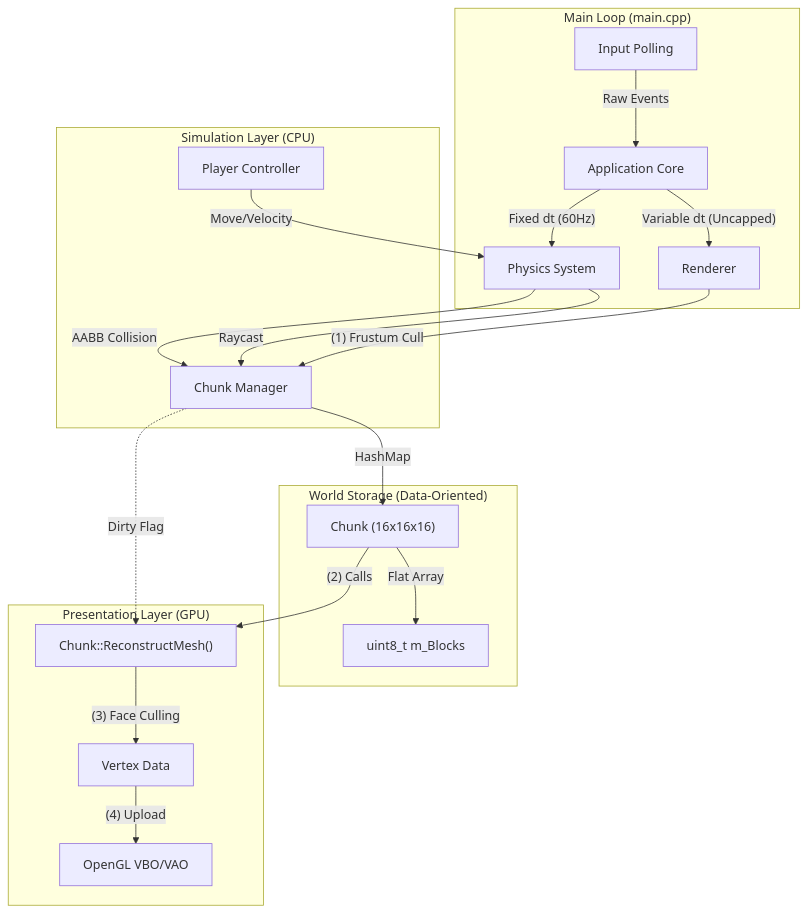
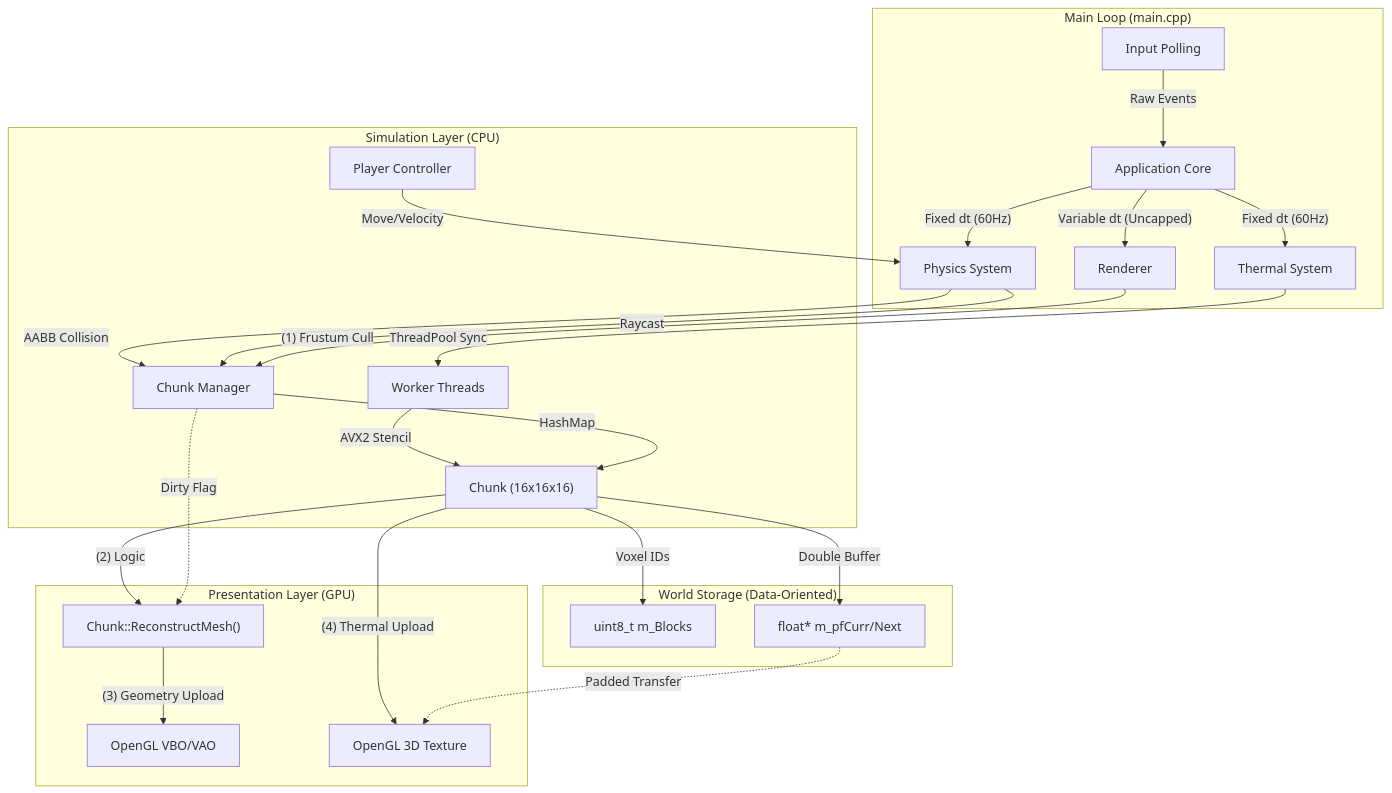
One commit to KabilanKumar36/cpp-hpc-voxel-engine changed the diagram in ARCHITECTURE.md. Above: the diagram before and after it, drawn with Mermaid. The commit also changed other lines of this file and 23 other files, not shown here.

First line of the commit message:
docs: standardize Doxygen headers and add system architecture documentation

````diff
--- a/ARCHITECTURE.md
+++ b/ARCHITECTURE.md
@@ -10,33 +10,39 @@
 ```mermaid
 flowchart TD
     %% Subgraph: The Main Application Loop
     subgraph "Main Loop (main.cpp)"
         Input["Input Polling"] -->|"Raw Events"| App
         App["Application Core"] -->|"Fixed dt (60Hz)"| Physics
+        App -->|"Fixed dt (60Hz)"| ThermalSystem
         App -->|"Variable dt (Uncapped)"| Renderer
     end
 
     %% Subgraph: Simulation Layer
     subgraph "Simulation Layer (CPU)"
         Physics["Physics System"] -->|"AABB Collision"| ChunkManager
         Physics -->|"Raycast"| ChunkManager
         Player["Player Controller"] -->|"Move/Velocity"| Physics
+        
+        ThermalSystem["Thermal System"] -->|"ThreadPool Sync"| WorkerThreads["Worker Threads"]
+        WorkerThreads -->|"AVX2 Stencil"| Chunk
     end
 
     %% Subgraph: Data Layer
     subgraph "World Storage (Data-Oriented)"
         ChunkManager["Chunk Manager"] -->|"HashMap"| Chunk["Chunk (16x16x16)"]
-        Chunk -->|"Flat Array"| VoxelData["uint8_t m_Blocks"]
+        Chunk -->|"Voxel IDs"| VoxelData["uint8_t m_Blocks"]
+        Chunk -->|"Double Buffer"| ThermalData["float* m_pfCurr/Next"]
     end
 
     %% Subgraph: Presentation Layer (GPU)
     subgraph "Presentation Layer (GPU)"
         Renderer["Renderer"] -->|"(1) Frustum Cull"| ChunkManager
-        Chunk -->|"(2) Calls"| Method["Chunk::ReconstructMesh()"]
-        Method -->|"(3) Face Culling"| Geometry["Vertex Data"]
-        Geometry -->|"(4) Upload"| GPU["OpenGL VBO/VAO"]
+        Chunk -->|"(2) Logic"| Method["Chunk::ReconstructMesh()"]
+        Method -->|"(3) Geometry Upload"| GPU_VBO["OpenGL VBO/VAO"]
+        Chunk -->|"(4) Thermal Upload"| GPU_Tex["OpenGL 3D Texture"]
     end
 
     %% Relationships
     ChunkManager -.->|"Dirty Flag"| Method
+    ThermalData -.->|"Padded Transfer"| GPU_Tex
 ```
````
